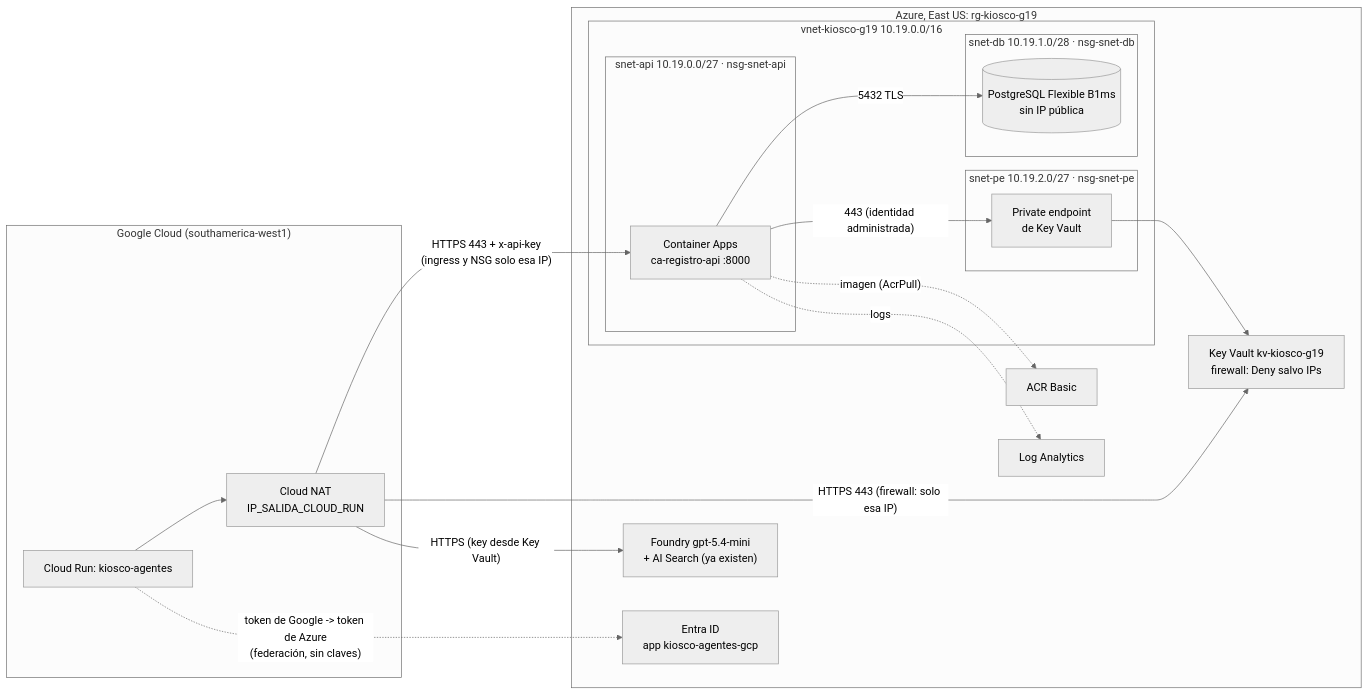
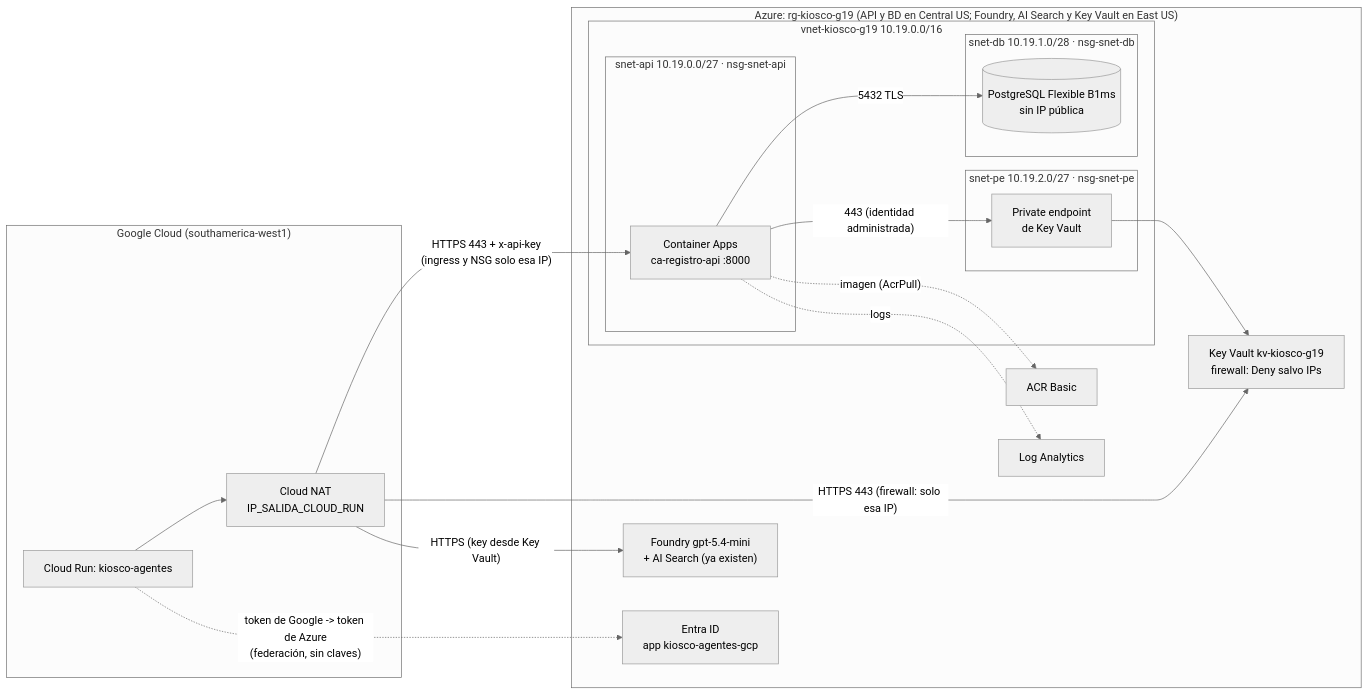
Before and after one commit to Bcanales11/Tarea-1-IA-Multiclaude: the diagram in proyecto2/infra/README.md, drawn with Mermaid (neutral theme). The commit also changed other lines of this file and 21 other files, not shown here.

First line of the commit message:
Azure y Cloud Run desplegados y verificados: API de registro en Central US, Key Vault por federacion, 15 de 15 pruebas

````diff
--- a/proyecto2/infra/README.md
+++ b/proyecto2/infra/README.md
@@ -19,32 +19,32 @@
 ```mermaid
 flowchart LR
   subgraph GCP["Google Cloud (southamerica-west1)"]
     CR["Cloud Run: kiosco-agentes"] --> NAT["Cloud NAT\nIP_SALIDA_CLOUD_RUN"]
   end
-  subgraph AZ["Azure, East US: rg-kiosco-g19"]
+  subgraph AZ["Azure: rg-kiosco-g19 (API y BD en Central US; Foundry, AI Search y Key Vault en East US)"]
     subgraph VNET["vnet-kiosco-g19 10.19.0.0/16"]
       subgraph SA["snet-api 10.19.0.0/27 · nsg-snet-api"]
         CA["Container Apps\nca-registro-api :8000"]
       end
       subgraph SD["snet-db 10.19.1.0/28 · nsg-snet-db"]
         PG[("PostgreSQL Flexible B1ms\nsin IP pública")]
       end
       subgraph SP["snet-pe 10.19.2.0/27 · nsg-snet-pe"]
         PE["Private endpoint\nde Key Vault"]
       end
     end
     KV["Key Vault kv-kiosco-g19\nfirewall: Deny salvo IPs"]
     ACR["ACR Basic"]
     LAW["Log Analytics"]
     ENTRA["Entra ID\napp kiosco-agentes-gcp"]
     FOUNDRY["Foundry gpt-5.4-mini\n+ AI Search (ya existen)"]
   end
   NAT -- "HTTPS 443 + x-api-key\n(ingress y NSG solo esa IP)" --> CA
   NAT -- "HTTPS 443 (firewall: solo esa IP)" --> KV
   CR -. "token de Google -> token de Azure\n(federación, sin claves)" .-> ENTRA
   NAT -- "HTTPS (key desde Key Vault)" --> FOUNDRY
   CA -- "5432 TLS" --> PG
   CA -- "443 (identidad administrada)" --> PE --> KV
   CA -. "imagen (AcrPull)" .-> ACR
   CA -. logs .-> LAW
 ```
````
